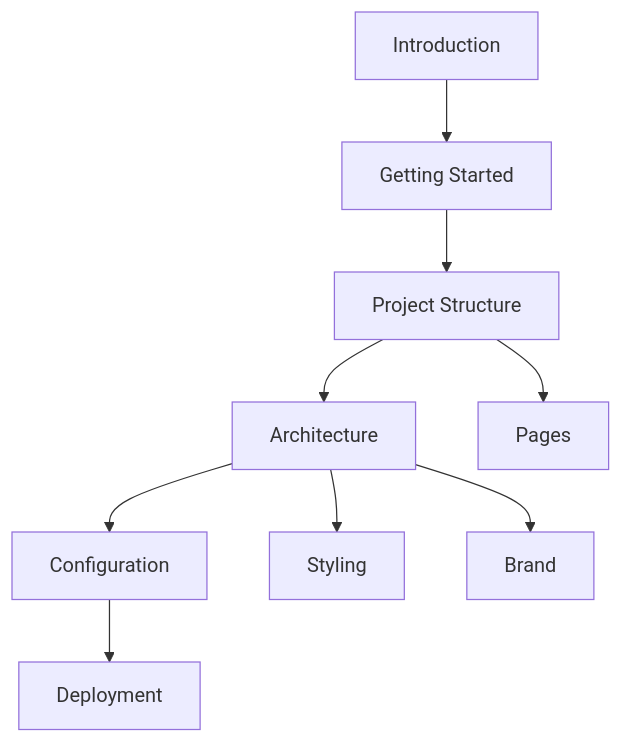
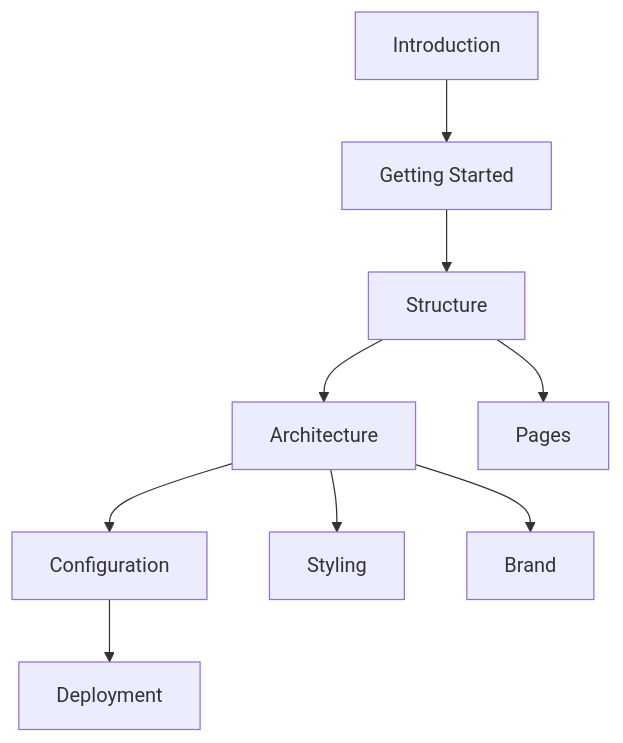
The second of 2 diagrams in docs/docs/introduction.md (lasuarindo/lasuarindo.github.io), drawn with Mermaid before and after one commit. The commit also changed other lines of this file and 20 other files, not shown here.

````diff
--- a/docs/docs/introduction.md
+++ b/docs/docs/introduction.md
@@ -64,11 +64,11 @@
 ```mermaid
 flowchart TD
     A["Introduction"] --> B["Getting Started"]
-    B --> C["Project Structure"]
+    B --> C["Structure"]
     C --> D["Architecture"]
     D --> E["Configuration"]
     D --> F["Styling"]
     D --> G["Brand"]
     C --> H["Pages"]
     E --> I["Deployment"]
 ```
````
